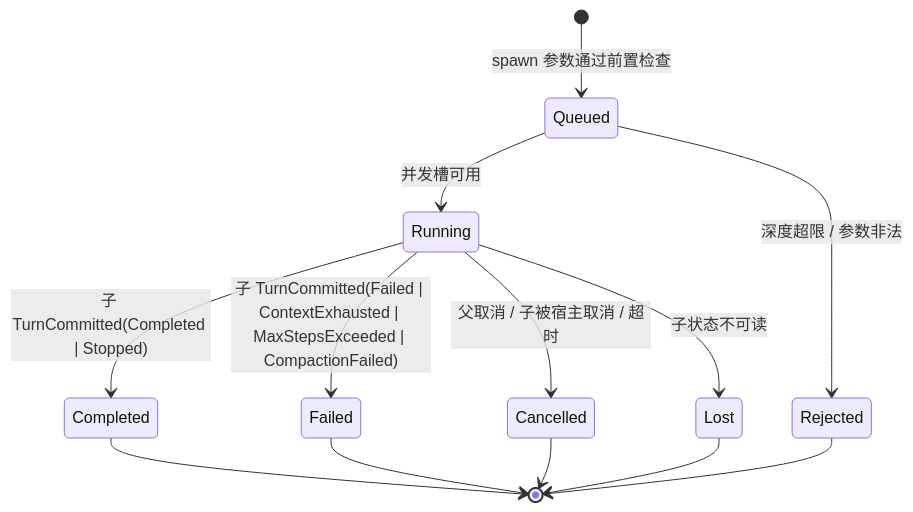
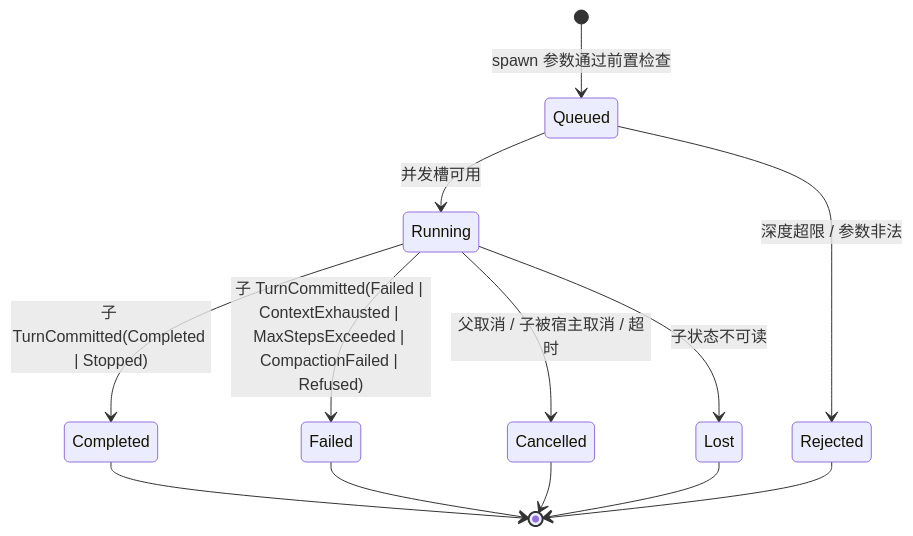
Before and after one commit to zibyn/asterpath: the diagram in docs/design/subagents.md, drawn with Mermaid. The commit also changed other lines of this file and 14 other files, not shown here.

````diff
--- a/docs/design/subagents.md
+++ b/docs/design/subagents.md
@@ -158,15 +158,15 @@
 ```mermaid
 stateDiagram-v2
     [*] --> Queued: spawn 参数通过前置检查
     Queued --> Running: 并发槽可用
     Queued --> Rejected: 深度超限 / 参数非法
     Running --> Completed: 子 TurnCommitted(Completed | Stopped)
-    Running --> Failed: 子 TurnCommitted(Failed | ContextExhausted | MaxStepsExceeded | CompactionFailed)
+    Running --> Failed: 子 TurnCommitted(Failed | ContextExhausted | MaxStepsExceeded | CompactionFailed | Refused)
     Running --> Cancelled: 父取消 / 子被宿主取消 / 超时
     Running --> Lost: 子状态不可读
     Completed --> [*]
     Failed --> [*]
     Cancelled --> [*]
     Lost --> [*]
     Rejected --> [*]
 ```
````
